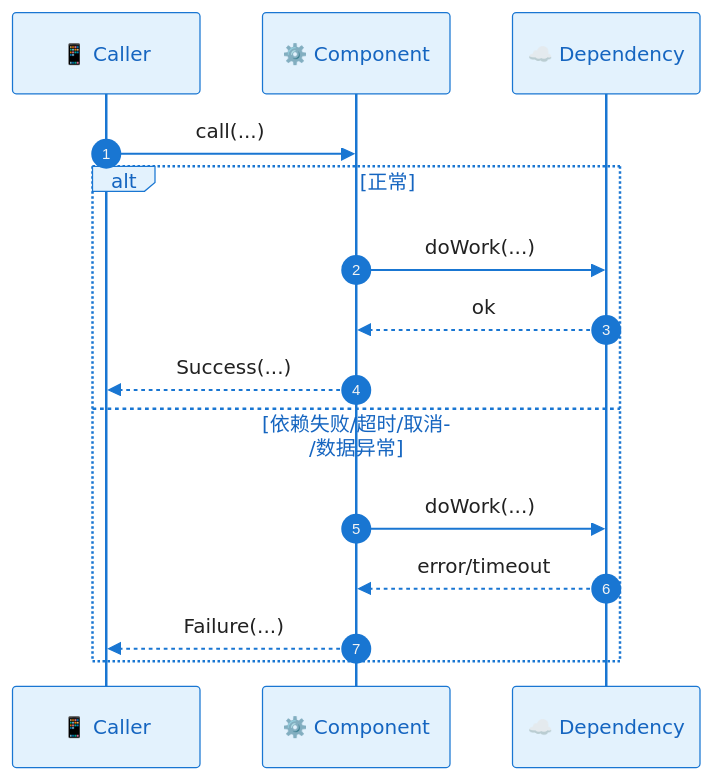
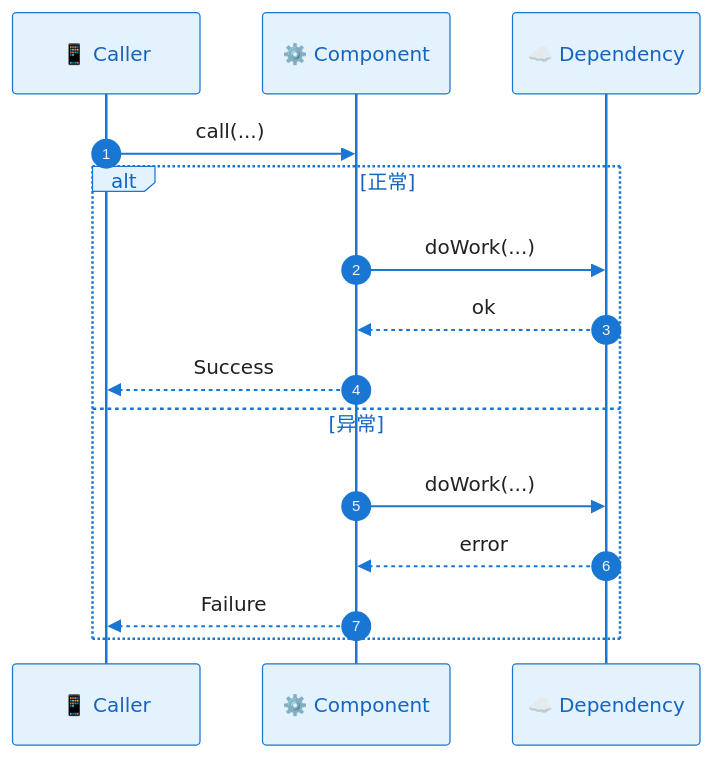
One commit to jackykarma/Verity changed the eighth of 11 diagrams in .specify/templates/plan-template.md. Above: the diagram before and after it, drawn with Mermaid. The commit also changed other lines of this file and 9 other files, not shown here.

````diff
--- a/.specify/templates/plan-template.md
+++ b/.specify/templates/plan-template.md
@@ -477,21 +474,21 @@
 ```mermaid
 %%{init: {'theme': 'base', 'themeVariables': { 'actorBkg': '#E3F2FD', 'actorBorder': '#1976D2', 'actorTextColor': '#1565C0', 'signalColor': '#1976D2', 'signalTextColor': '#212121', 'noteBkgColor': '#FFF8E1', 'noteBorderColor': '#FFC107'}}}%%
 sequenceDiagram
     autonumber
     
     participant Caller as 📱 Caller
     participant Component as ⚙️ Component
-    participant Dependency as ☁️ Dependency
+    participant Dep as ☁️ Dependency
 
     Caller->>Component: call(...)
     
     alt 正常
-        Component->>Dependency: doWork(...)
-        Dependency-->>Component: ok
-        Component-->>Caller: Success(...)
-    else 依赖失败/超时/取消/数据异常
-        Component->>Dependency: doWork(...)
-        Dependency-->>Component: error/timeout
-        Component-->>Caller: Failure(...)
+        Component->>Dep: doWork(...)
+        Dep-->>Component: ok
+        Component-->>Caller: Success
+    else 异常
+        Component->>Dep: doWork(...)
+        Dep-->>Component: error
+        Component-->>Caller: Failure
     end
 ```
````
